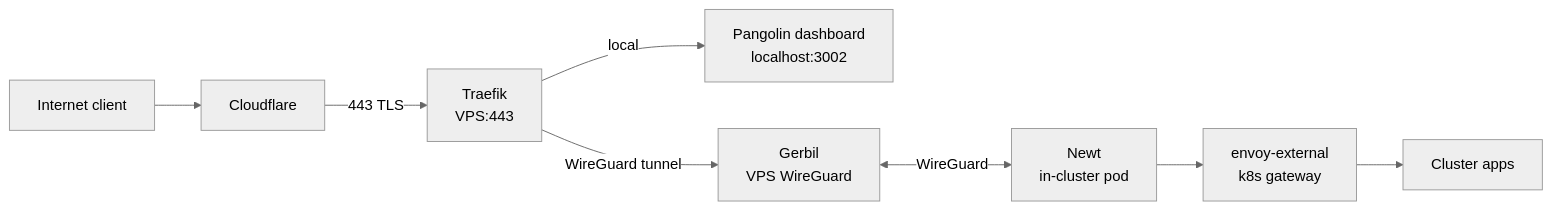
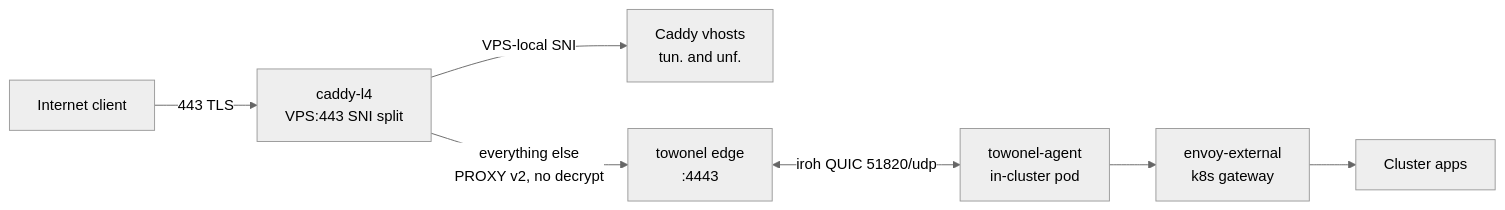
One commit to tscibilia/home-ops changed the first of 2 diagrams in docker/vps/README.md. Above: the diagram before and after it, drawn with Mermaid (neutral theme). The commit also changed other lines of this file and 7 other files, not shown here.

First line of the commit message:
feat(vps): retire pangolin from the permanent VPS

````diff
--- a/docker/vps/README.md
+++ b/docker/vps/README.md
@@ -17,10 +18,9 @@
 ```mermaid
 graph LR
-    client[Internet client] --> CF[Cloudflare]
-    CF -->|443 TLS| traefik[Traefik\nVPS:443]
-    traefik -->|local| pangolin[Pangolin dashboard\nlocalhost:3002]
-    traefik -->|WireGuard tunnel| gerbil[Gerbil\nVPS WireGuard]
-    gerbil <-->|WireGuard| newt[Newt\nin-cluster pod]
-    newt --> envoy[envoy-external\nk8s gateway]
+    client[Internet client] -->|443 TLS| caddy[caddy-l4\nVPS:443 SNI split]
+    caddy -->|VPS-local SNI| local[Caddy vhosts\ntun. and unf.]
+    caddy -->|everything else\nPROXY v2, no decrypt| edge[towonel edge\n:4443]
+    edge <-->|iroh QUIC 51820/udp| agent[towonel-agent\nin-cluster pod]
+    agent --> envoy[envoy-external\nk8s gateway]
     envoy --> apps[Cluster apps]
 ```
````
